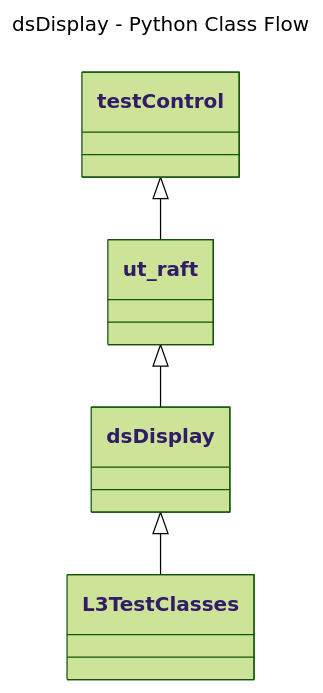
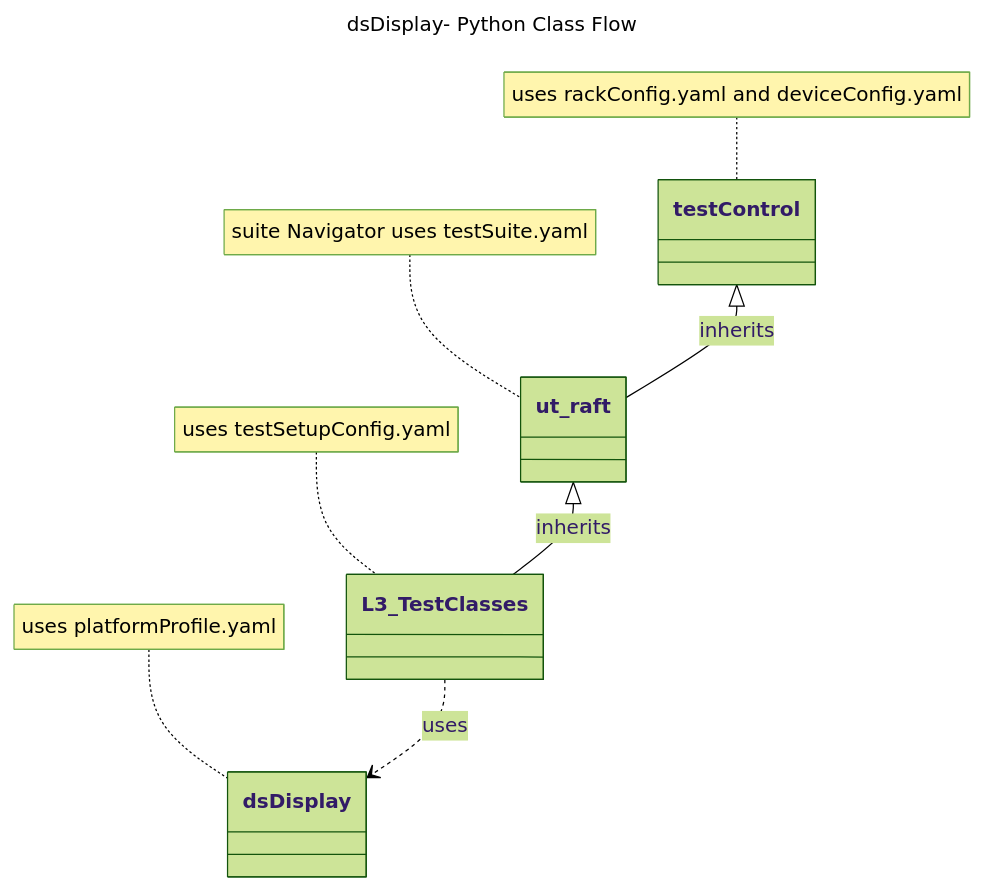
Before and after one commit to rdkcentral/rdk-halif-test-device_settings: the diagram in docs/pages/dsDisplay/ds-display_L3_Low-Level_TestSpecification.md, drawn with Mermaid (forest theme). The commit also changed other lines of this file, not shown here.

First line of the commit message:
gh #169 updated dsDisplay : L3 Low level Test specification

````diff
--- a/docs/pages/dsDisplay/ds-display_L3_Low-Level_TestSpecification.md
+++ b/docs/pages/dsDisplay/ds-display_L3_Low-Level_TestSpecification.md
@@ -50,11 +48,15 @@
 ```mermaid
 ---
-title: dsDisplay - Python Class Flow
+title: dsDisplay- Python Class Flow
 ---
 classDiagram
-    testControl <|-- ut_raft
+    testControl <|-- ut_raft : inherits
     class ut_raft{
     }
-    ut_raft   <|-- dsDisplay
-    dsDisplay <|-- L3TestClasses
+    ut_raft <|-- L3_TestClasses : inherits
+    L3_TestClasses ..> dsDisplay : uses
+    note for testControl "uses rackConfig.yaml and deviceConfig.yaml"
+    note for dsDisplay "uses platformProfile.yaml"
+    note for L3_TestClasses "uses testSetupConfig.yaml"
+    note for ut_raft "suite Navigator uses testSuite.yaml"
 ```
````
